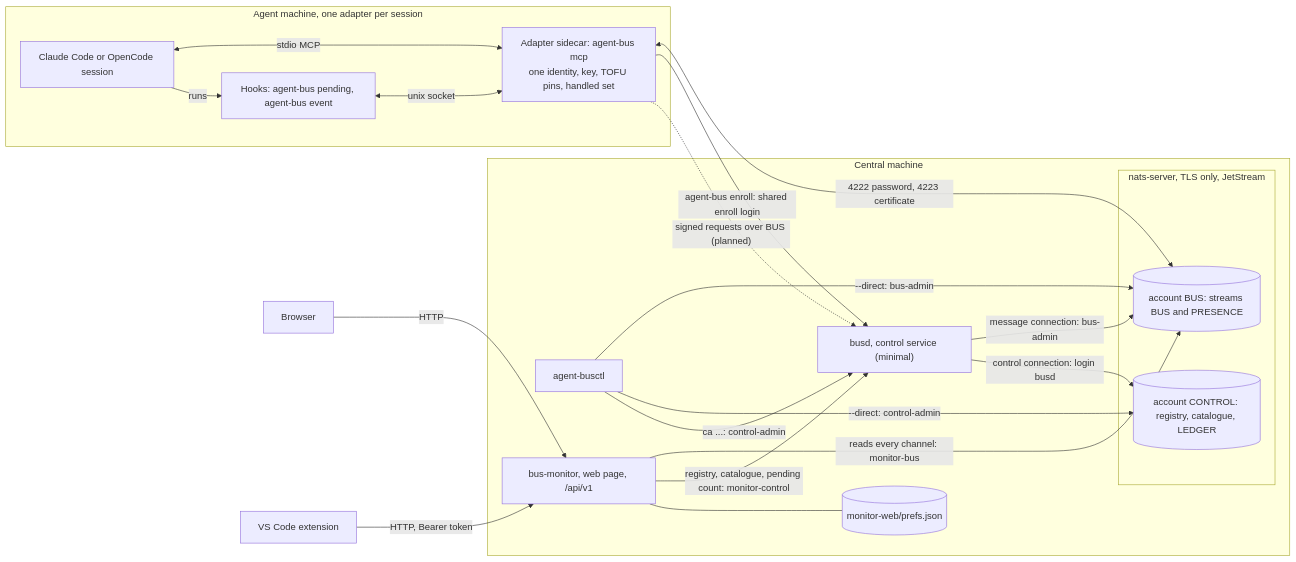
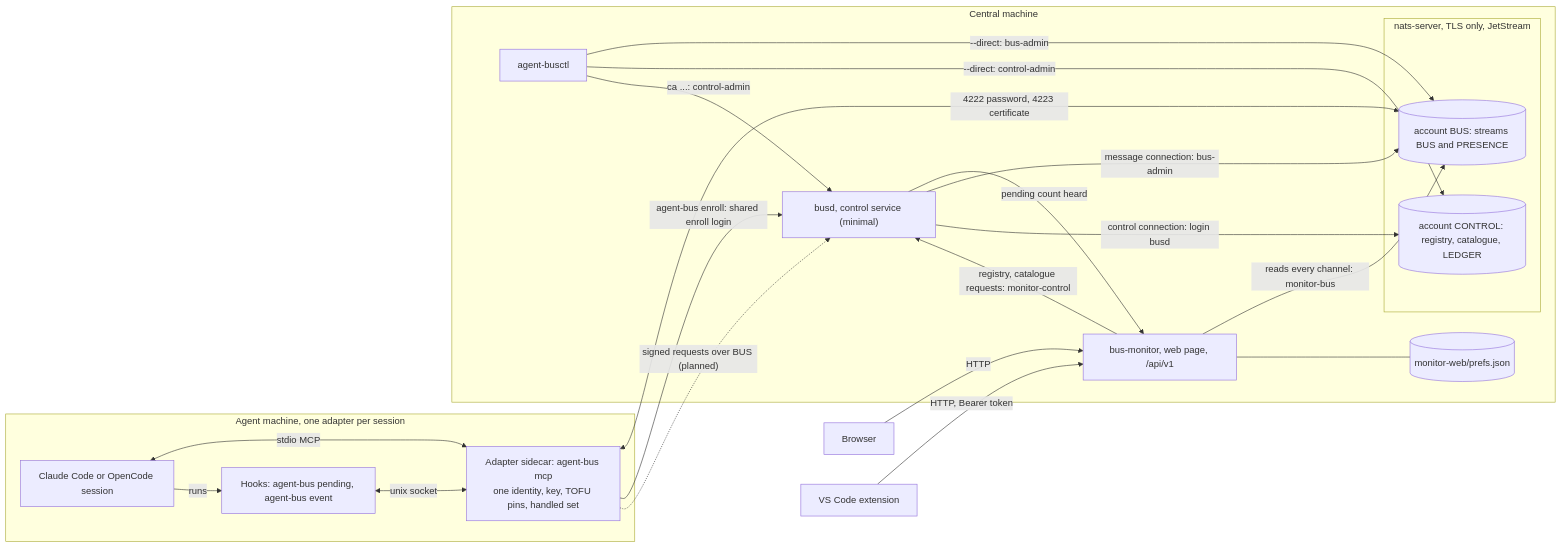
One commit to gentoomaniac/agent-bus changed the diagram in docs/design/architecture.md. Above: the diagram before and after it, drawn with Mermaid. The commit also changed other lines of this file and 2 other files, not shown here.

Commit message:
docs/design: amended decisions keep their text (6, 25, 31, 38), architecture deployment matches operations, pending-count edge, monitor config holds the agent key
Claude-Session: https://claude.ai/code/session_017TJfhSr2WK61gHsPvC1vCP

````diff
--- a/docs/design/architecture.md
+++ b/docs/design/architecture.md
@@ -20,36 +20,37 @@
 ```mermaid
 flowchart LR
   subgraph machine["Agent machine, one adapter per session"]
     session["Claude Code or OpenCode session"]
     hooks["Hooks: agent-bus pending, agent-bus event"]
     adapter["Adapter sidecar: agent-bus mcp<br/>one identity, key, TOFU pins, handled set"]
     session <-->|"stdio MCP"| adapter
     hooks <-->|"unix socket"| adapter
     session -->|"runs"| hooks
   end
   subgraph central["Central machine"]
     subgraph nats["nats-server, TLS only, JetStream"]
       buss[("account BUS: streams BUS and PRESENCE")]
       control[("account CONTROL: registry, catalogue, LEDGER")]
     end
     busctl["agent-busctl"]
     monitor["bus-monitor, web page, /api/v1"]
     busd["busd, control service (minimal)"]
     prefs[("monitor-web/prefs.json")]
   end
   browser["Browser"]
   vscode["VS Code extension"]
   adapter <-->|"4222 password, 4223 certificate"| buss
   busctl -->|"--direct: bus-admin"| buss
   busctl -->|"--direct: control-admin"| control
   busctl -->|"ca ...: control-admin"| busd
   adapter -->|"agent-bus enroll: shared enroll login"| busd
   monitor -->|"reads every channel: monitor-bus"| buss
-  monitor -->|"registry, catalogue, pending count: monitor-control"| busd
+  monitor -->|"registry, catalogue requests: monitor-control"| busd
+  busd -->|"pending count heard"| monitor
   monitor --- prefs
   browser -->|"HTTP"| monitor
   vscode -->|"HTTP, Bearer token"| monitor
   busd -->|"message connection: bus-admin"| buss
   busd -->|"control connection: login busd"| control
   adapter -.->|"signed requests over BUS (planned)"| busd
 ```
````
